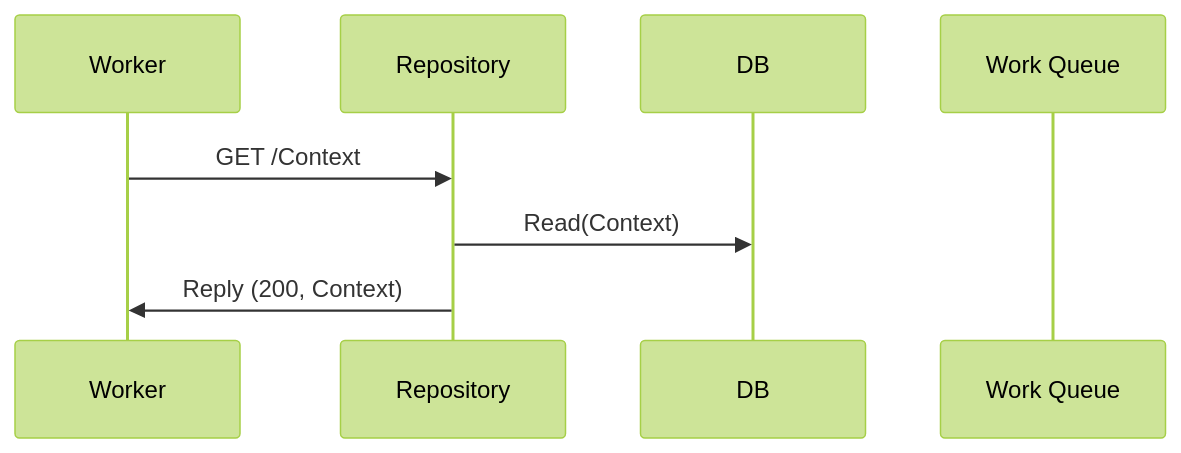
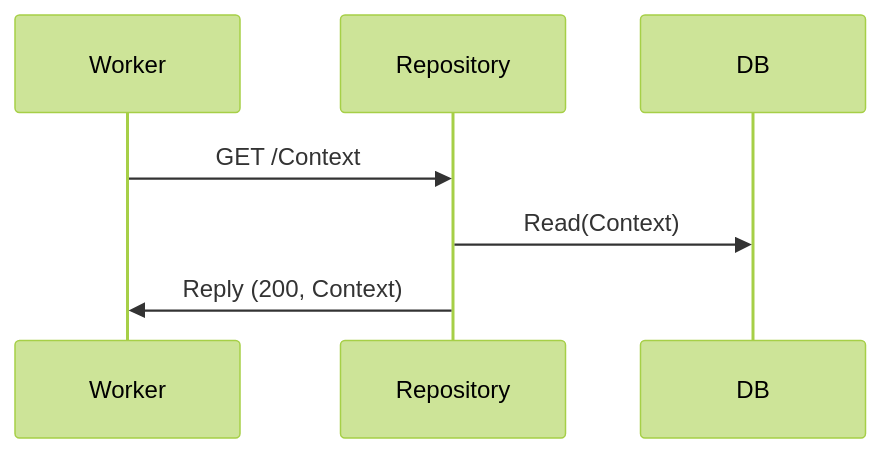
Before and after one commit to michaelrauh/crochet: the diagram in get_context.md, drawn with Mermaid (forest theme). The commit also changed 8 other files, not shown here.

Commit message:
move queuename to config and centralize setting of it - fix diagrams

````diff
--- a/get_context.md
+++ b/get_context.md
@@ -1,11 +1,10 @@
 ```mermaid
 sequenceDiagram
     participant Worker
     participant Repository
     participant DB 
-    participant Work Queue
 
     Worker->>Repository: GET /Context
     Repository->>DB: Read(Context)
     Repository->>Worker: Reply (200, Context) 
-```
+```   
````
